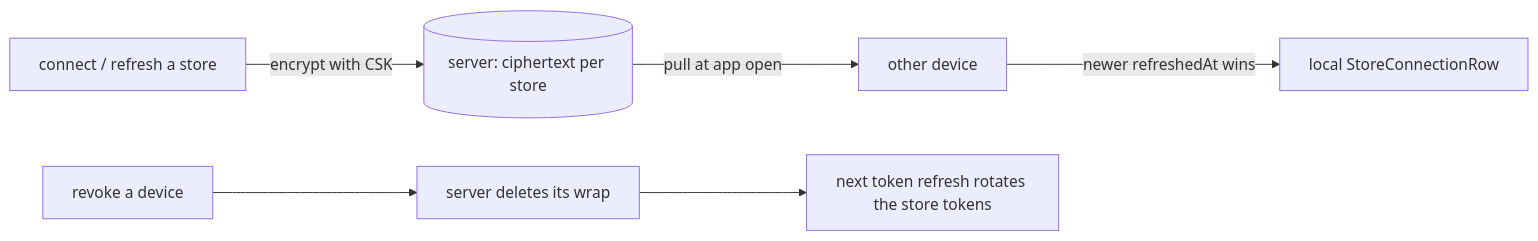
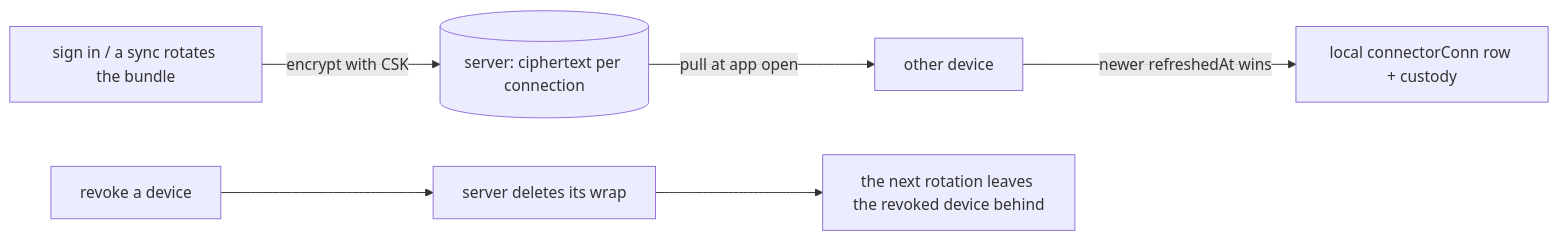
One commit to okkes/munnimok changed the seventh of 12 diagrams in docs/architecture.md. Above: the diagram before and after it, drawn with Mermaid. The commit also changed other lines of this file and 4 other files, not shown here.

````diff
--- a/docs/architecture.md
+++ b/docs/architecture.md
@@ -276,8 +280,8 @@
 ```mermaid
 flowchart LR
-    A[connect / refresh a store] -->|encrypt with CSK| B[(server: ciphertext per store)]
+    A[sign in / a sync rotates the bundle] -->|encrypt with CSK| B[(server: ciphertext per connection)]
     B -->|pull at app open| C[other device]
-    C -->|newer refreshedAt wins| D[local StoreConnectionRow]
+    C -->|newer refreshedAt wins| D[local connectorConn row + custody]
     E[revoke a device] --> F[server deletes its wrap]
-    F --> G[next token refresh rotates the store tokens]
+    F --> G[the next rotation leaves the revoked device behind]
 ```
````
